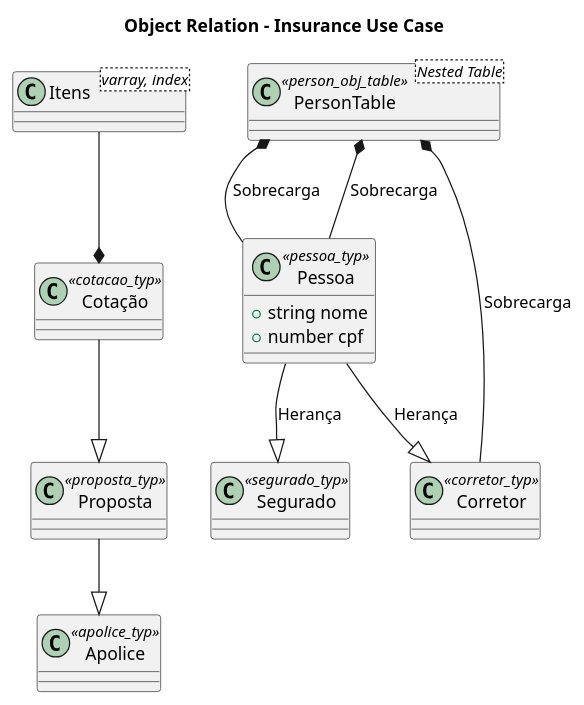
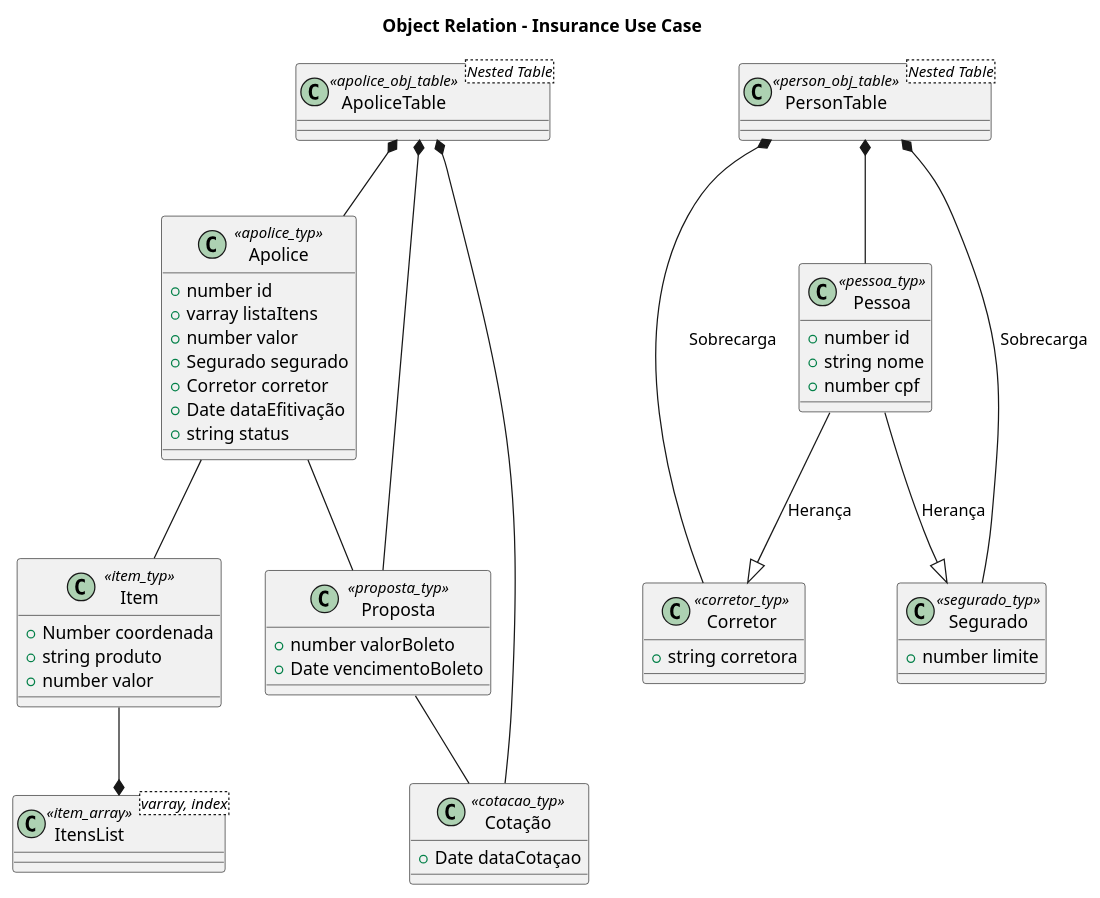
The diagram in project.puml (MatheusMuriel/DBOR-Oracle), drawn with PlantUML before and after one commit. The commit also changed 2 other files, not shown here.

Commit message:
Person structure

```diff
--- a/project.puml
+++ b/project.puml
@@ -1,35 +1,64 @@
 @startuml DBOR
 
 title Object Relation - Insurance Use Case
 
 class PersonTable <Nested Table> <<person_obj_table>> {
 }
 
 class Pessoa <<pessoa_typ>>{
+  +number id
   +string nome
   +number cpf
 }
 
-class Corretor <<corretor_typ>>
-class Segurado <<segurado_typ>>
+class Corretor <<corretor_typ>> {
+  +string corretora
+}
+class Segurado <<segurado_typ>> {
+  +number limite
+}
 
 Pessoa --|> Corretor: Herança
 Pessoa --|> Segurado: Herança
 
-PersonTable *-- Pessoa: Sobrecarga
+PersonTable *-- Pessoa
 PersonTable *-- Corretor: Sobrecarga
-PersonTable *-- Pessoa: Sobrecarga
+PersonTable *-- Segurado: Sobrecarga
 
-Class Cotação <<cotacao_typ>>
-Class Proposta <<proposta_typ>>
-Class Apolice <<apolice_typ>>
+Class Apolice <<apolice_typ>> {
+  +number id
+  +varray listaItens
+  +number valor
+  +Segurado segurado
+  +Corretor corretor
+  +Date dataEfitivação
+  +string status
+}
+Class Proposta <<proposta_typ>> {
+  +number valorBoleto
+  +Date vencimentoBoleto
+}
+Class Cotação <<cotacao_typ>> {
+  +Date dataCotaçao
+}
 
+Class Item <<item_typ>> {
+  +Number coordenada
+  +string produto
+  +number valor
+}
+Class ItensList <varray, index> <<item_array>>
 
-Class Itens <varray, index>
+Class ApoliceTable <Nested Table> <<apolice_obj_table>>
 
-Cotação *-up- Itens
+Apolice -- Item
+Item --* ItensList
 
-Cotação -down-|> Proposta
-Proposta -down-|> Apolice
+Cotação -up- Proposta
+Proposta -up- Apolice
+
+Apolice  -up-* ApoliceTable
+Proposta -up-* ApoliceTable
+Cotação  -up-* ApoliceTable
 
 @enduml
```
